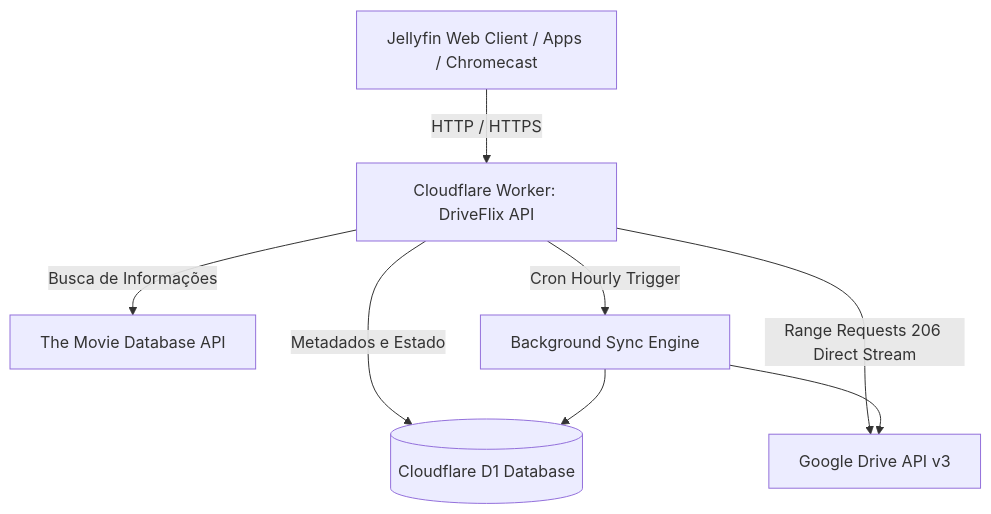
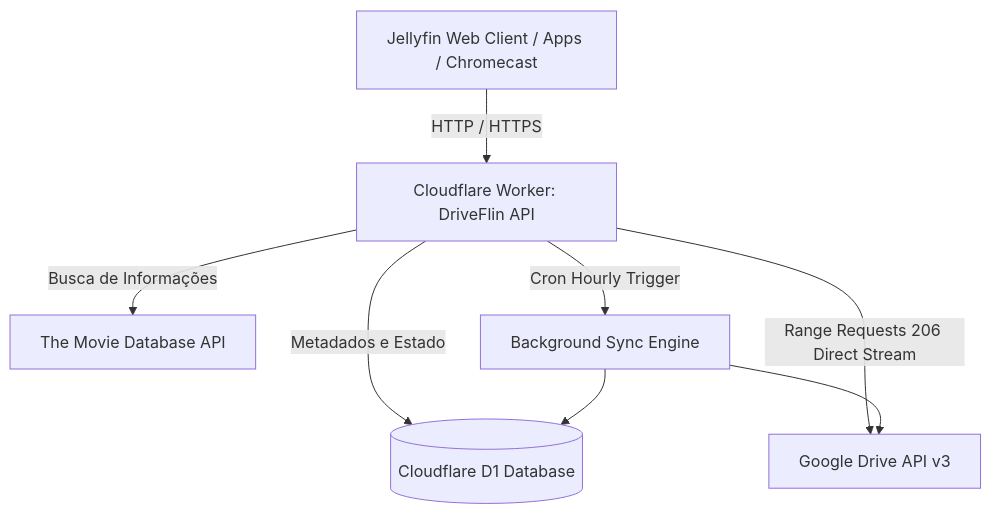
The diagram in backend/README.md (samucamg/DriveFlix), drawn with Mermaid before and after one commit. The commit also changed other lines of this file and 12 other files, not shown here.

Commit message:
chore & docs: rename project to DriveFlin and update all repository links

````diff
--- a/backend/README.md
+++ b/backend/README.md
@@ -47,10 +47,10 @@
 ```mermaid
 graph TD
-    Client[Jellyfin Web Client / Apps / Chromecast] -->|HTTP / HTTPS| Worker[Cloudflare Worker: DriveFlix API]
+    Client[Jellyfin Web Client / Apps / Chromecast] -->|HTTP / HTTPS| Worker[Cloudflare Worker: DriveFlin API]
     Worker -->|Metadados e Estado| D1[(Cloudflare D1 Database)]
     Worker -->|Busca de Informações| TMDB[The Movie Database API]
     Worker -->|Range Requests 206 Direct Stream| GDrive[Google Drive API v3]
     Worker -->|Cron Hourly Trigger| SyncEngine[Background Sync Engine]
     SyncEngine --> GDrive
     SyncEngine --> D1
 ```
````
